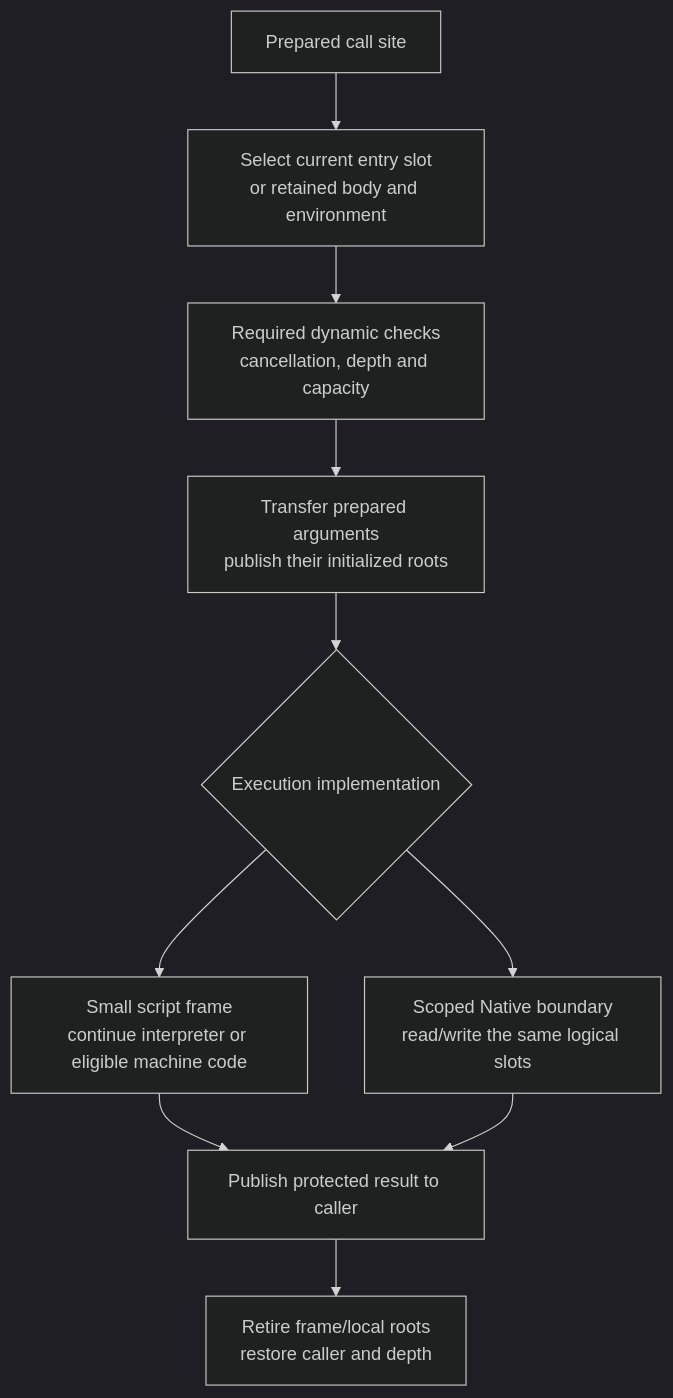
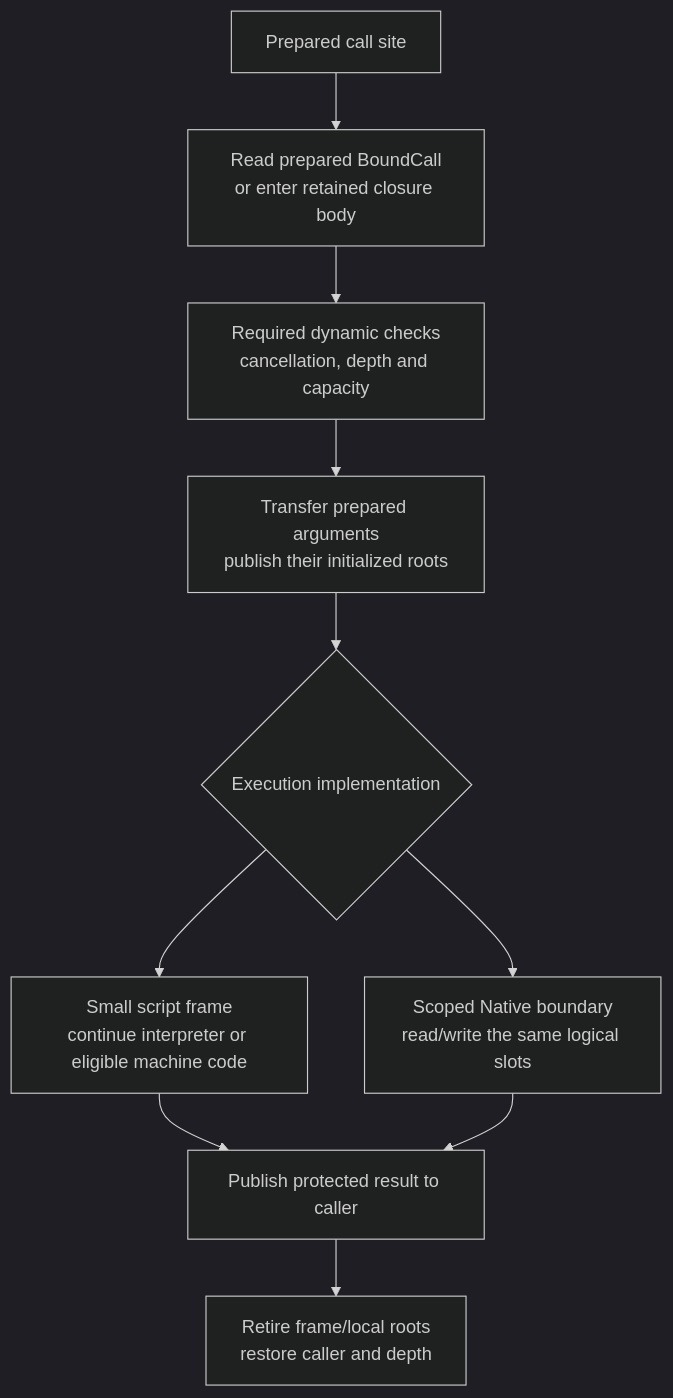
One commit to kagari-lang/kagari changed the third of 3 diagrams in docs/runtime-refactor-design.md. Above: the diagram before and after it, drawn with Mermaid (dark theme). The commit also changed other lines of this file and 11 other files, not shown here.

````diff
--- a/docs/runtime-refactor-design.md
+++ b/docs/runtime-refactor-design.md
@@ -368,12 +670,12 @@
 ```mermaid
 flowchart TD
-    SITE["Prepared call site"] --> TARGET["Select current entry slot<br/>or retained body and environment"]
+    SITE["Prepared call site"] --> TARGET["Read prepared BoundCall<br/>or enter retained closure body"]
     TARGET --> CHECK["Required dynamic checks<br/>cancellation, depth and capacity"]
     CHECK --> ARGS["Transfer prepared arguments<br/>publish their initialized roots"]
     ARGS --> KIND{"Execution implementation"}
     KIND --> SCRIPT["Small script frame<br/>continue interpreter or eligible machine code"]
     KIND --> HOST["Scoped Native boundary<br/>read/write the same logical slots"]
     SCRIPT --> RESULT["Publish protected result to caller"]
     HOST --> RESULT
     RESULT --> LEAVE["Retire frame/local roots<br/>restore caller and depth"]
 ```
````
